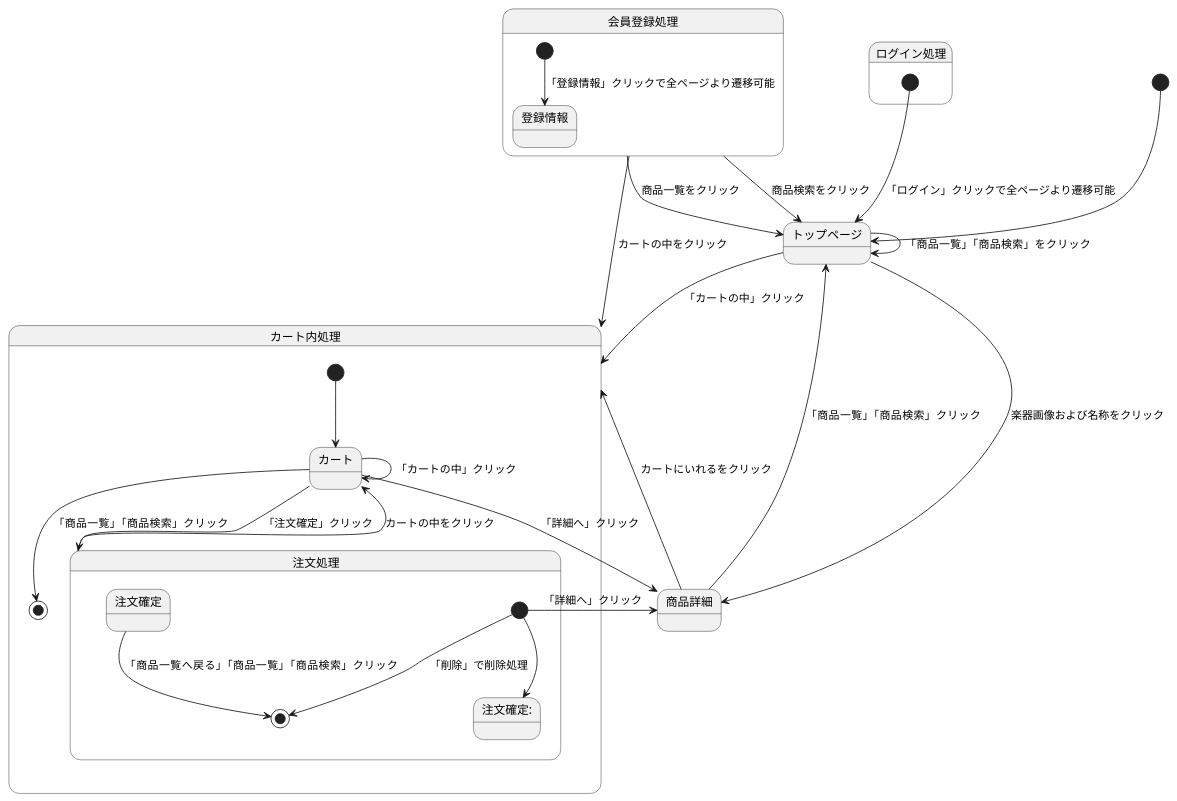
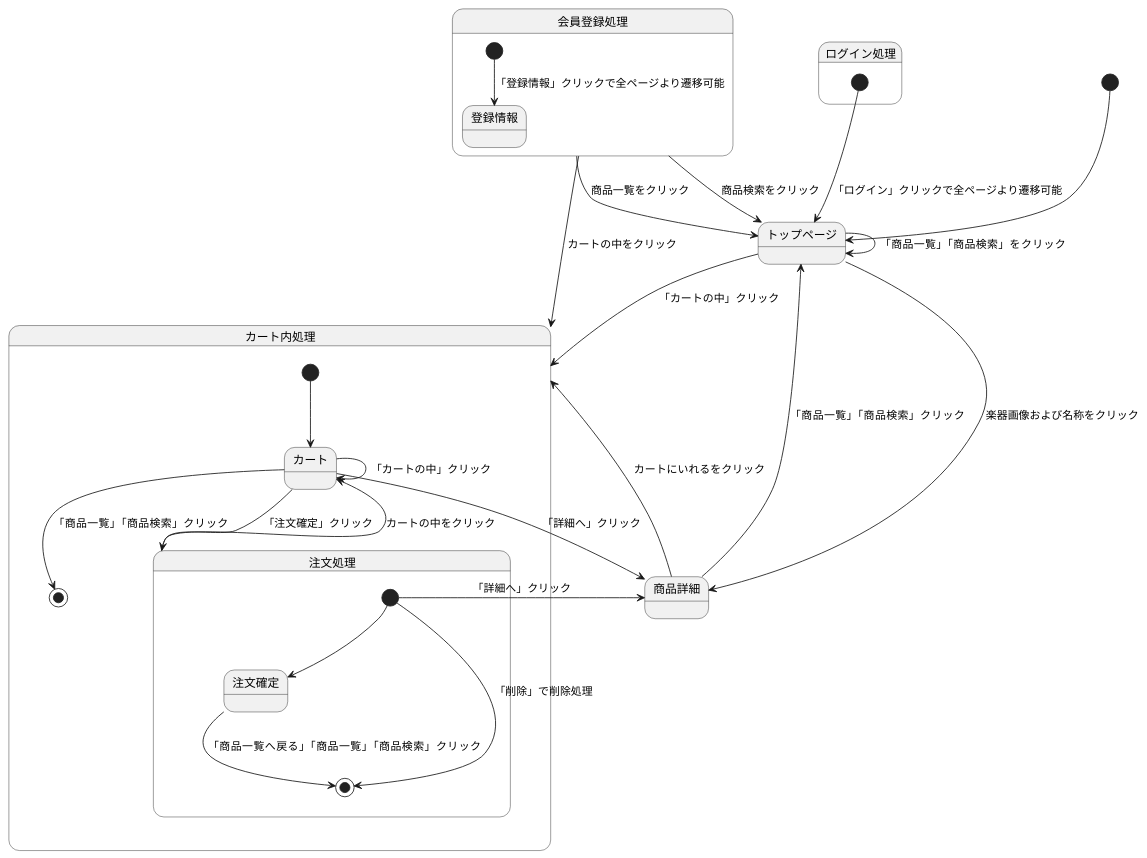
Before and after one commit to Aso2001374/2021sys-design: the third of 3 diagrams in stm01.md, drawn with PlantUML.

````diff
--- a/stm01.md
+++ b/stm01.md
@@ -55,43 +55,43 @@
 ```uml
 @startuml
 [*] --> トップページ
 
 トップページ--> トップページ : 「商品一覧」「商品検索」をクリック
 トップページ--> カート内処理 : 「カートの中」クリック
 トップページ--> 商品詳細 : 楽器画像および名称をクリック
 
 商品詳細--> トップページ : 「商品一覧」「商品検索」クリック
 商品詳細--> カート内処理 : カートにいれるをクリック
 
 会員登録処理 --> トップページ : 商品一覧をクリック
 会員登録処理 --> トップページ : 商品検索をクリック
 会員登録処理 --> カート内処理 : カートの中をクリック
 
 state ログイン処理{
 [*] --> トップページ : 「ログイン」クリックで全ページより遷移可能
 }
 
 state 会員登録処理{
 [*] --> 登録情報 : 「登録情報」クリックで全ページより遷移可能
 }
 
 
 state カート内処理{
 [*] --> カート
 カート --> 注文処理 :「注文確定」クリック
 カート--> カート :「カートの中」クリック
 カート --> 商品詳細 : 「詳細へ」クリック
 カート--> [*]: 「商品一覧」「商品検索」クリック
 
 state 注文処理{
-[*]--> 注文確定: 
+[*]--> 注文確定
 [*]--> 商品詳細 : 「詳細へ」クリック
 [*]--> [*]: 「削除」で削除処理
 注文確定--> [*]: 「商品一覧へ戻る」「商品一覧」「商品検索」クリック
 }
 
 注文処理 --> カート : カートの中をクリック
 }
 
 @enduml
 ```
````
